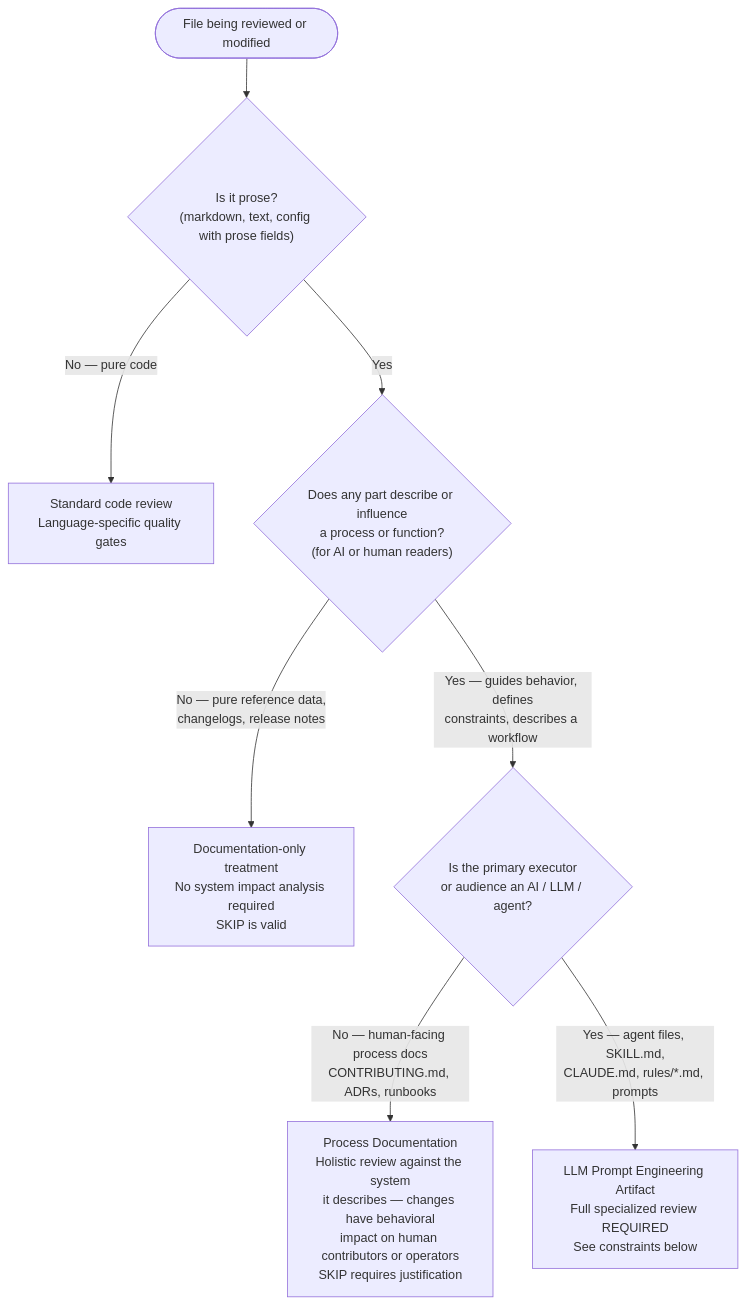
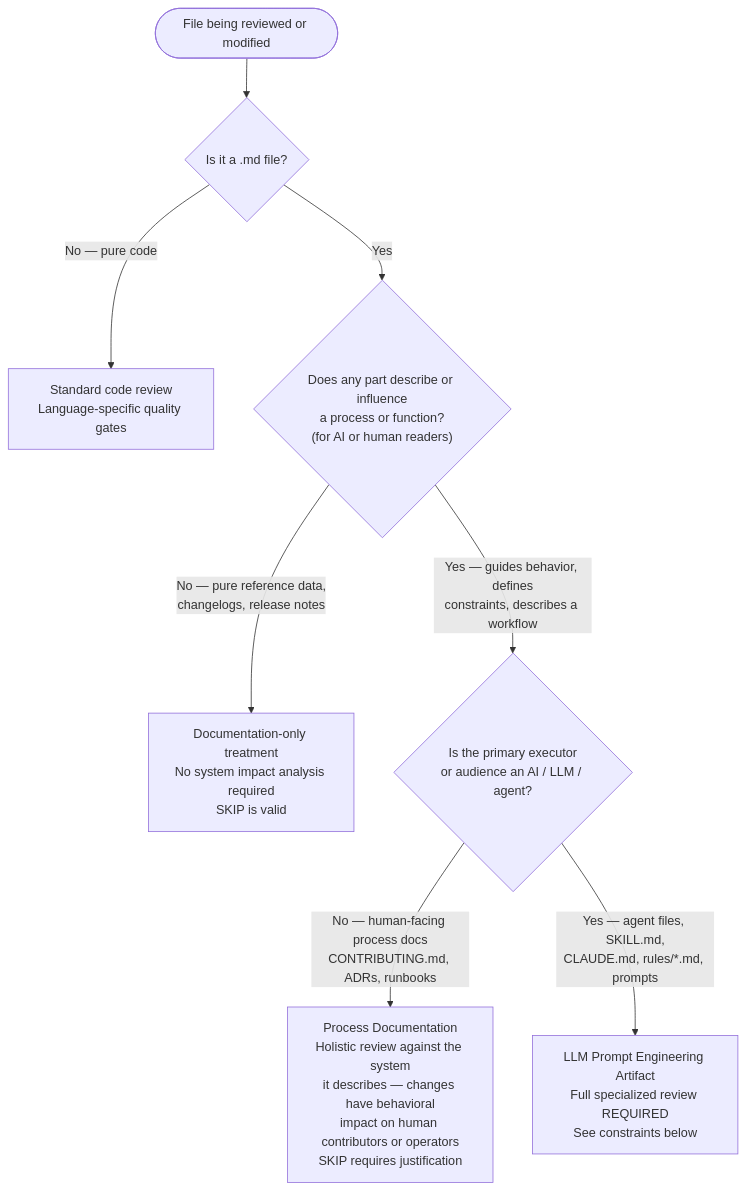
Before and after one commit to Jamie-BitFlight/claude_skills: the diagram in rules/prose-file-classification.md, drawn with Mermaid. The commit also changed 5 other files, not shown here.

````diff
--- a/rules/prose-file-classification.md
+++ b/rules/prose-file-classification.md
@@ -5,10 +5,10 @@
 ```mermaid
 flowchart TD
-    File([File being reviewed or modified]) --> Q1{"Is it prose?<br>(markdown, text, config with prose fields)"}
+    File([File being reviewed or modified]) --> Q1{"Is it a .md file?"}
     Q1 -->|"No — pure code"| Code["Standard code review<br>Language-specific quality gates"]
     Q1 -->|Yes| Q2{"Does any part describe or influence<br>a process or function?<br>(for AI or human readers)"}
     Q2 -->|"No — pure reference data,<br>changelogs, release notes"| Data["Documentation-only treatment<br>No system impact analysis required<br>SKIP is valid"]
     Q2 -->|"Yes — guides behavior, defines<br>constraints, describes a workflow"| Q3{"Is the primary executor<br>or audience an AI / LLM / agent?"}
     Q3 -->|"No — human-facing process docs<br>CONTRIBUTING.md, ADRs, runbooks"| Human["Process Documentation<br>Holistic review against the system<br>it describes — changes have behavioral<br>impact on human contributors or operators<br>SKIP requires justification"]
     Q3 -->|"Yes — agent files, SKILL.md,<br>CLAUDE.md, rules/*.md, prompts"| LLM["LLM Prompt Engineering Artifact<br>Full specialized review REQUIRED<br>See constraints below"]
 ```
````
